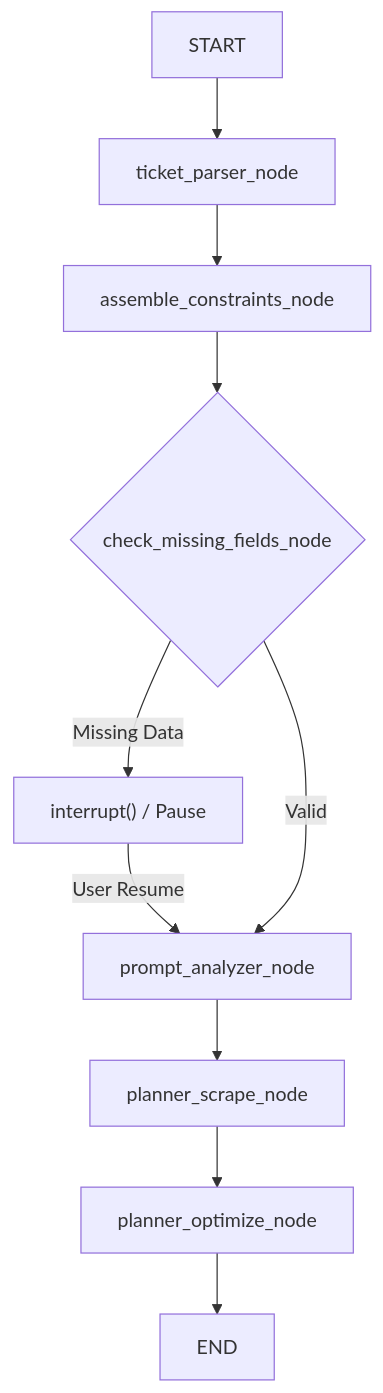
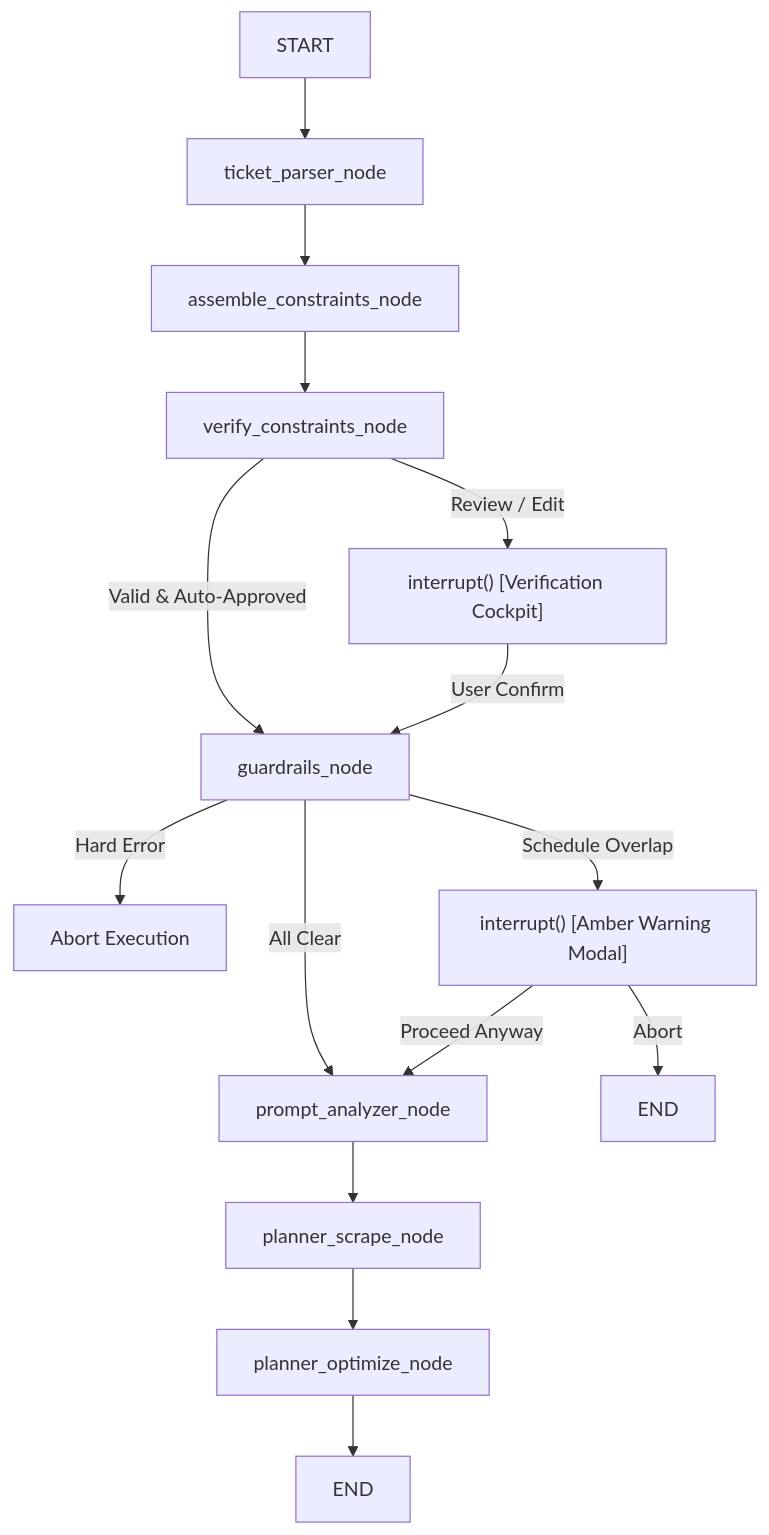
One commit to Leandro-Juan/paladio changed the diagram in docs/reference/langgraph-swarm-architecture.md. Above: the diagram before and after it, drawn with Mermaid. The commit also changed other lines of this file and 22 other files, not shown here.

Commit message:
feat(backend): implement two-node verification and guardrails architecture

````diff
--- a/docs/reference/langgraph-swarm-architecture.md
+++ b/docs/reference/langgraph-swarm-architecture.md
@@ -36,12 +38,17 @@
 ```mermaid
 graph TD
     START --> TP["ticket_parser_node"]
     TP --> AC["assemble_constraints_node"]
-    AC --> CM{"check_missing_fields_node"}
-    CM -->|"Missing Data"| IN["interrupt() / Pause"]
-    IN -->|"User Resume"| PA["prompt_analyzer_node"]
-    CM -->|"Valid"| PA
+    AC --> VC["verify_constraints_node"]
+    VC -->|"Review / Edit"| IN1["interrupt() [Verification Cockpit]"]
+    IN1 -->|"User Confirm"| GR["guardrails_node"]
+    VC -->|"Valid & Auto-Approved"| GR
+    GR -->|"Hard Error"| END_ERR["Abort Execution"]
+    GR -->|"Schedule Overlap"| IN2["interrupt() [Amber Warning Modal]"]
+    IN2 -->|"Proceed Anyway"| PA["prompt_analyzer_node"]
+    IN2 -->|"Abort"| END_ABORT["END"]
+    GR -->|"All Clear"| PA
     PA --> PS["planner_scrape_node"]
     PS --> PO["planner_optimize_node"]
     PO --> END
 ```
````
